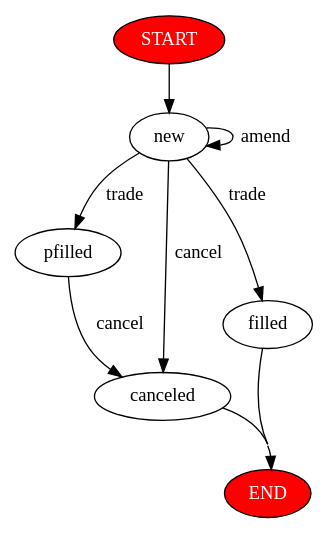
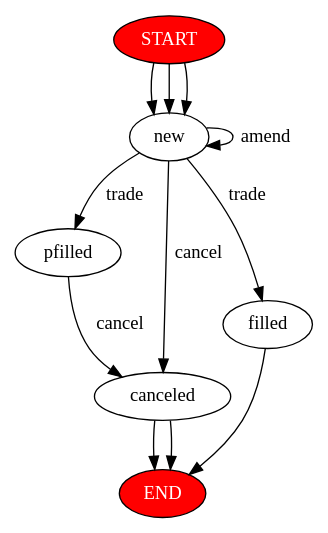
One commit to MostHappyCougar/QACoverageTool changed the diagram in code/python/Digraph.gv. Above: the diagram before and after it, drawn with Graphviz. The commit also changed 3 other files, not shown here.

```diff
--- a/code/python/Digraph.gv
+++ b/code/python/Digraph.gv
@@ -1,17 +1,17 @@
 // name_of_graph
 digraph {
-	graph [concentrate=true]
+	graph [concentrate=false]
 	START [label=START fillcolor=red fontcolor=white style=filled]
 	END [label=END fillcolor=red fontcolor=white style=filled]
 	START -> new
 	new -> pfilled [label=trade]
 	pfilled -> canceled [label=cancel]
 	canceled -> END
 	START -> new
 	new -> filled [label=trade]
 	filled -> END
 	START -> new
 	new -> new [label=amend]
 	new -> canceled [label=cancel]
 	canceled -> END
 }
```
